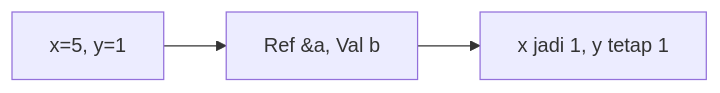
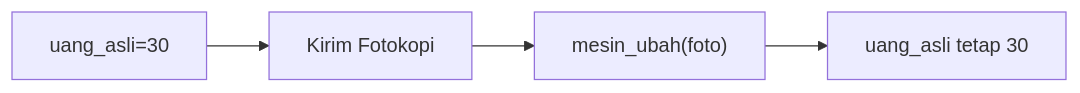
One commit to amnahwaida/OSNK_INF_PREP changed diagram 11 of 25 in part-c-pemahaman-cpp/04-fungsi/latihan/set-10.md. Above: the diagram before and after it, drawn with Mermaid. The commit also changed other lines of this file and 71 other files, not shown here.

````diff
--- a/part-c-pemahaman-cpp/04-fungsi/latihan/set-10.md
+++ b/part-c-pemahaman-cpp/04-fungsi/latihan/set-10.md
@@ -287,5 +301,6 @@
 ```mermaid
 graph LR
-A["x=5, y=1"] --> B["Ref &a, Val b"]
-B --> C["x jadi 1, y tetap 1"]
+A["uang_asli=30"] --> B["Kirim Fotokopi"]
+B --> C["mesin_ubah(foto)"]
+C --> D["uang_asli tetap 30"]
 ```
````
